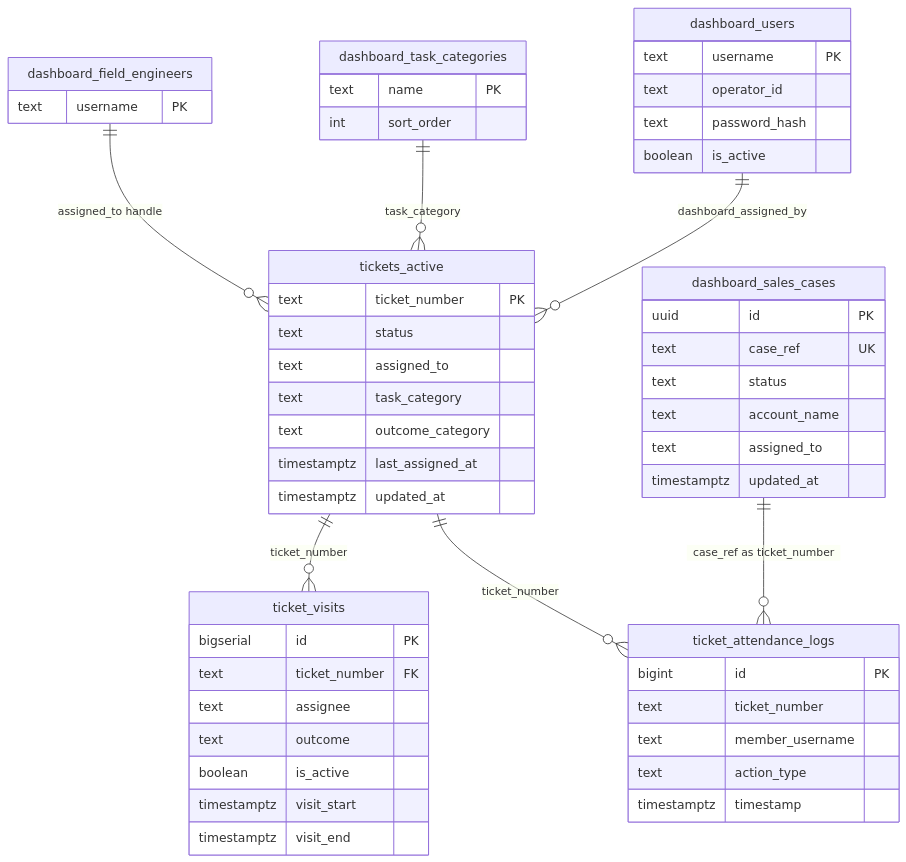
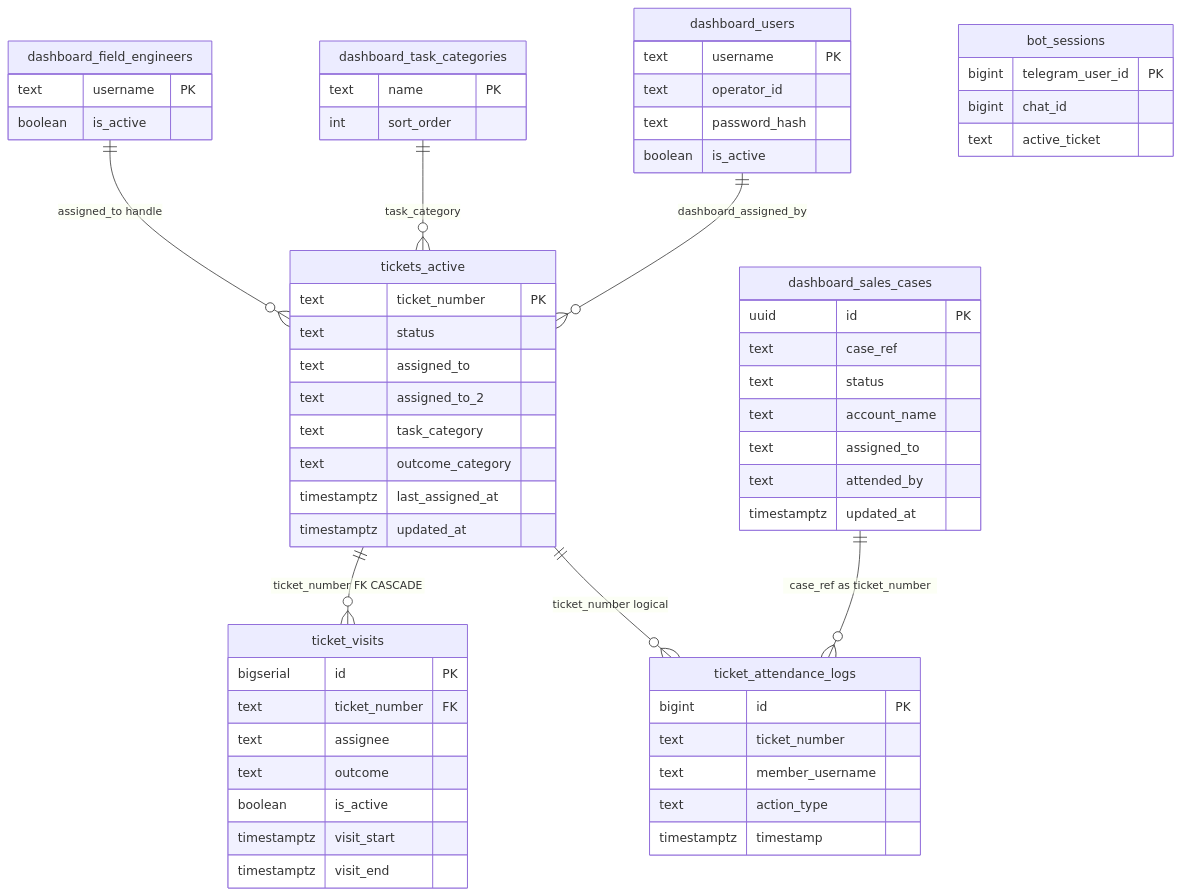
The diagram in docs/DATABASE_SCHEMA.md (ibbeyx-prog/TicketResponsesDashboard), drawn with Mermaid before and after one commit. The commit also changed other lines of this file and 17 other files, not shown here.

````diff
--- a/docs/DATABASE_SCHEMA.md
+++ b/docs/DATABASE_SCHEMA.md
@@ -12,62 +12,71 @@
 ```mermaid
 erDiagram
-  tickets_active ||--o{ ticket_visits : "ticket_number"
-  tickets_active ||--o{ ticket_attendance_logs : "ticket_number"
+  tickets_active ||--o{ ticket_visits : "ticket_number FK CASCADE"
+  tickets_active ||--o{ ticket_attendance_logs : "ticket_number logical"
   dashboard_sales_cases ||--o{ ticket_attendance_logs : "case_ref as ticket_number"
   dashboard_field_engineers ||--o{ tickets_active : "assigned_to handle"
   dashboard_task_categories ||--o{ tickets_active : "task_category"
   dashboard_users ||--o{ tickets_active : "dashboard_assigned_by"
 
   tickets_active {
     text ticket_number PK
     text status
     text assigned_to
+    text assigned_to_2
     text task_category
     text outcome_category
     timestamptz last_assigned_at
     timestamptz updated_at
   }
 
   ticket_visits {
     bigserial id PK
     text ticket_number FK
     text assignee
     text outcome
     boolean is_active
     timestamptz visit_start
     timestamptz visit_end
   }
 
   ticket_attendance_logs {
     bigint id PK
     text ticket_number
     text member_username
     text action_type
     timestamptz timestamp
   }
 
   dashboard_sales_cases {
     uuid id PK
-    text case_ref UK
+    text case_ref
     text status
     text account_name
     text assigned_to
+    text attended_by
     timestamptz updated_at
   }
 
   dashboard_users {
     text username PK
     text operator_id
     text password_hash
     boolean is_active
   }
 
   dashboard_field_engineers {
     text username PK
+    boolean is_active
   }
 
   dashboard_task_categories {
     text name PK
     int sort_order
   }
+
+  bot_sessions {
+    bigint telegram_user_id PK
+    bigint chat_id
+    text active_ticket
+  }
 ```
````
